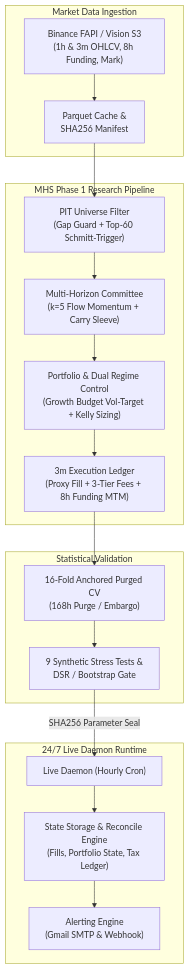
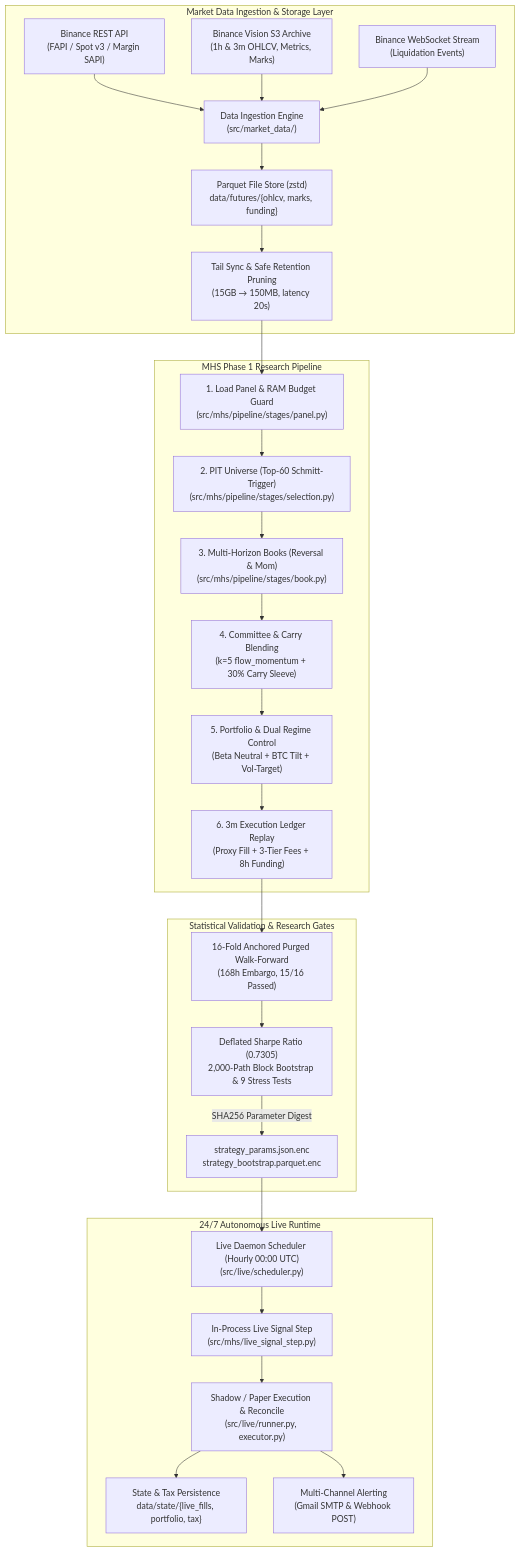
One commit to KTHYEONG/crypto-pilot changed the diagram in README.md. Above: the diagram before and after it, drawn with Mermaid. The commit also changed other lines of this file and 14 other files, not shown here.

````diff
--- a/README.md
+++ b/README.md
@@ -30,24 +75,33 @@
 ```mermaid
 flowchart TD
-    subgraph MarketData ["Market Data Ingestion"]
-        A["Binance FAPI / Vision S3<br/>(1h & 3m OHLCV, 8h Funding, Mark)"] --> B["Parquet Cache &<br/>SHA256 Manifest"]
+    subgraph MarketData ["Market Data Ingestion & Storage Layer"]
+        DS1["Binance REST API<br/>(FAPI / Spot v3 / Margin SAPI)"] --> DI["Data Ingestion Engine<br/>(src/market_data/)"]
+        DS2["Binance Vision S3 Archive<br/>(1h & 3m OHLCV, Metrics, Marks)"] --> DI
+        DS3["Binance WebSocket Stream<br/>(Liquidation Events)"] --> DI
+        DI --> FS["Parquet File Store (zstd)<br/>data/futures/{ohlcv, marks, funding}"]
+        FS --> PR["Tail Sync & Safe Retention Pruning<br/>(15GB → 150MB, latency 20s)"]
     end
 
     subgraph ResearchPipeline ["MHS Phase 1 Research Pipeline"]
-        B --> C["PIT Universe Filter<br/>(Gap Guard + Top-60 Schmitt-Trigger)"]
-        C --> D["Multi-Horizon Committee<br/>(k=5 Flow Momentum + Carry Sleeve)"]
-        D --> E["Portfolio & Dual Regime Control<br/>(Growth Budget Vol-Target + Kelly Sizing)"]
-        E --> F["3m Execution Ledger<br/>(Proxy Fill + 3-Tier Fees + 8h Funding MTM)"]
+        PR --> S1["1. Load Panel & RAM Budget Guard<br/>(src/mhs/pipeline/stages/panel.py)"]
+        S1 --> S2["2. PIT Universe (Top-60 Schmitt-Trigger)<br/>(src/mhs/pipeline/stages/selection.py)"]
+        S2 --> S3["3. Multi-Horizon Books (Reversal & Mom)<br/>(src/mhs/pipeline/stages/book.py)"]
+        S3 --> S4["4. Committee & Carry Blending<br/>(k=5 flow_momentum + 30% Carry Sleeve)"]
+        S4 --> S5["5. Portfolio & Dual Regime Control<br/>(Beta Neutral + BTC Tilt + Vol-Target)"]
+        S5 --> S6["6. 3m Execution Ledger Replay<br/>(Proxy Fill + 3-Tier Fees + 8h Funding)"]
     end
 
-    subgraph ValidationEngine ["Statistical Validation"]
-        F --> G["16-Fold Anchored Purged CV<br/>(168h Purge / Embargo)"]
-        G --> H["9 Synthetic Stress Tests &<br/>DSR / Bootstrap Gate"]
+    subgraph ValidationEngine ["Statistical Validation & Research Gates"]
+        S6 --> V1["16-Fold Anchored Purged Walk-Forward<br/>(168h Embargo, 15/16 Passed)"]
+        V1 --> V2["Deflated Sharpe Ratio (0.7305)<br/>2,000-Path Block Bootstrap & 9 Stress Tests"]
+        V2 -->|"SHA256 Parameter Digest"| SE["strategy_params.json.enc<br/>strategy_bootstrap.parquet.enc"]
     end
 
-    subgraph LiveExecution ["24/7 Live Daemon Runtime"]
-        H -->|"SHA256 Parameter Seal"| I["Live Daemon (Hourly Cron)"]
-        I --> J["State Storage & Reconcile Engine<br/>(Fills, Portfolio State, Tax Ledger)"]
-        J --> K["Alerting Engine<br/>(Gmail SMTP & Webhook)"]
+    subgraph LiveDaemon ["24/7 Autonomous Live Runtime"]
+        SE --> LD["Live Daemon Scheduler (Hourly 00:00 UTC)<br/>(src/live/scheduler.py)"]
+        LD --> ST["In-Process Live Signal Step<br/>(src/mhs/live_signal_step.py)"]
+        ST --> EX["Shadow / Paper Execution & Reconcile<br/>(src/live/runner.py, executor.py)"]
+        EX --> AR["State & Tax Persistence<br/>data/state/{live_fills, portfolio, tax}"]
+        EX --> AL["Multi-Channel Alerting<br/>(Gmail SMTP & Webhook POST)"]
     end
 ```
````
